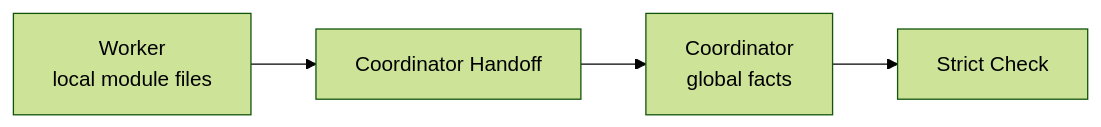
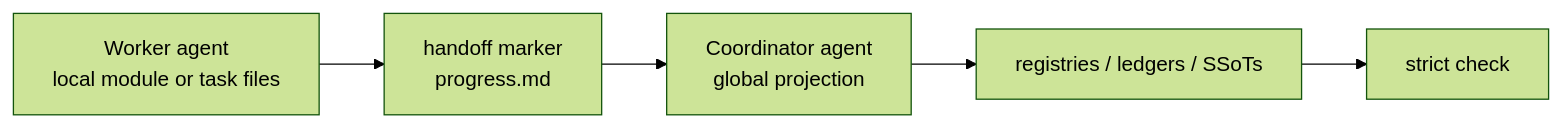
Diagram 11 of 11 in docs-release/architecture/overview.md (FairladyZ625/coding-agent-harness), drawn with Mermaid (forest theme) before and after one commit. The commit also changed other lines of this file and 1 other file, not shown here.

Commit message:
Expand public architecture overview

````diff
--- a/docs-release/architecture/overview.md
+++ b/docs-release/architecture/overview.md
@@ -39,11 +277,13 @@
 ```mermaid
 flowchart LR
-  Worker["Worker<br/>local module files"]
-  Handoff["Coordinator Handoff"]
-  Coordinator["Coordinator<br/>global facts"]
-  Check["Strict Check"]
+  Worker["Worker agent<br/>local module or task files"]
+  Handoff["handoff marker<br/>progress.md"]
+  Coordinator["Coordinator agent<br/>global projection"]
+  Registry["registries / ledgers / SSoTs"]
+  Check["strict check"]
 
   Worker --> Handoff
   Handoff --> Coordinator
-  Coordinator --> Check
+  Coordinator --> Registry
+  Registry --> Check
 ```
````
